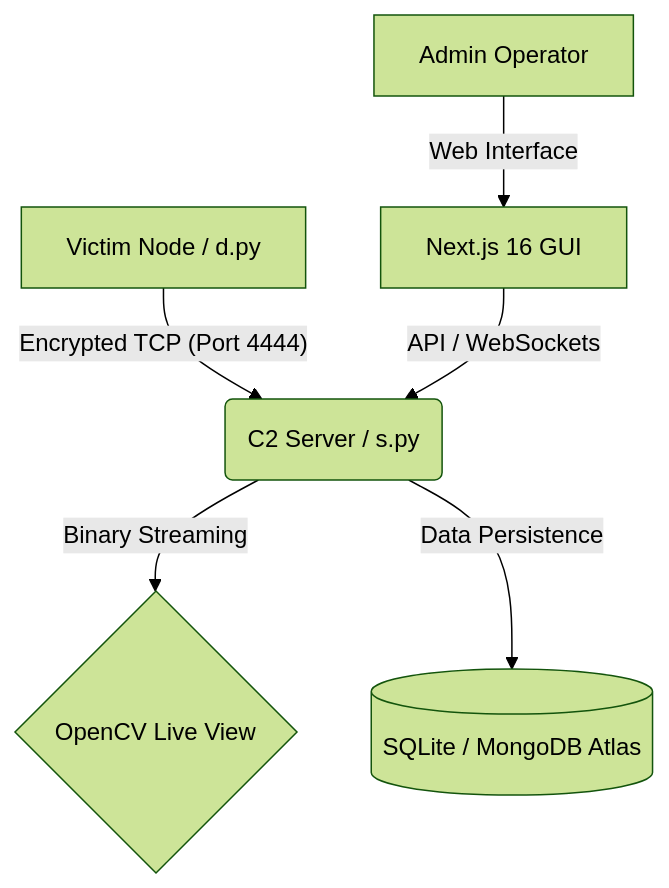
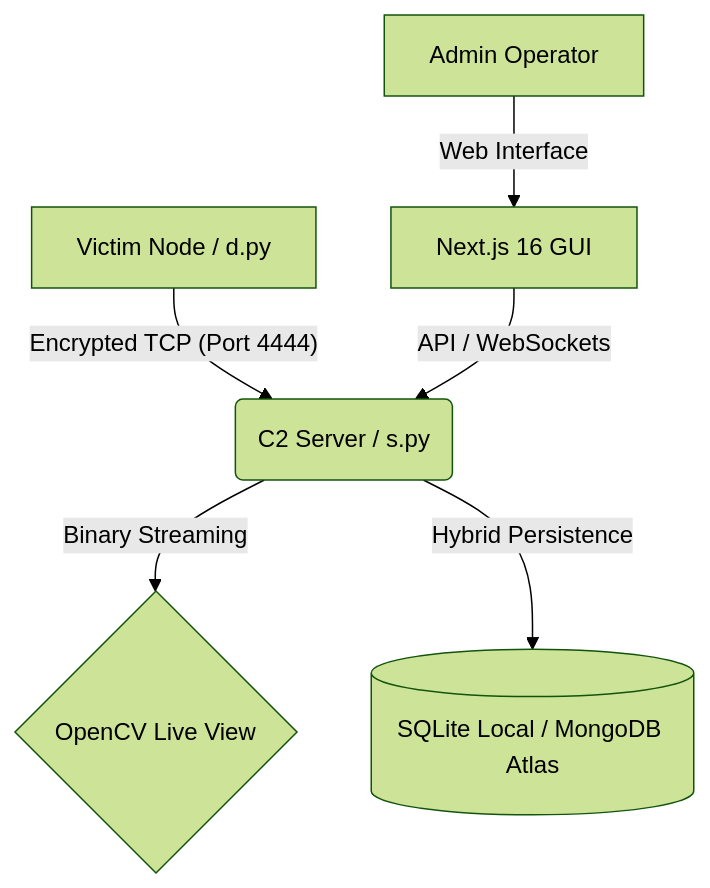
One commit to Hackxtra07/Project-Decoy_GUI changed the diagram in README.md. Above: the diagram before and after it, drawn with Mermaid (forest theme). The commit also changed other lines of this file, not shown here.

Commit message:
docs: update README with MongoDB Atlas + hybrid database mode

````diff
--- a/README.md
+++ b/README.md
@@ -18,8 +19,8 @@
 ```mermaid
 graph TD
     A[Victim Node / d.py] -- Encrypted TCP (Port 4444) --> B(C2 Server / s.py)
     B -- Binary Streaming --> C{OpenCV Live View}
-    B -- Data Persistence --> D[(SQLite / MongoDB Atlas)]
+    B -- Hybrid Persistence --> D[(SQLite Local / MongoDB Atlas)]
     E[Admin Operator] -- Web Interface --> F[Next.js 16 GUI]
     F -- API / WebSockets --> B
 ```
````
